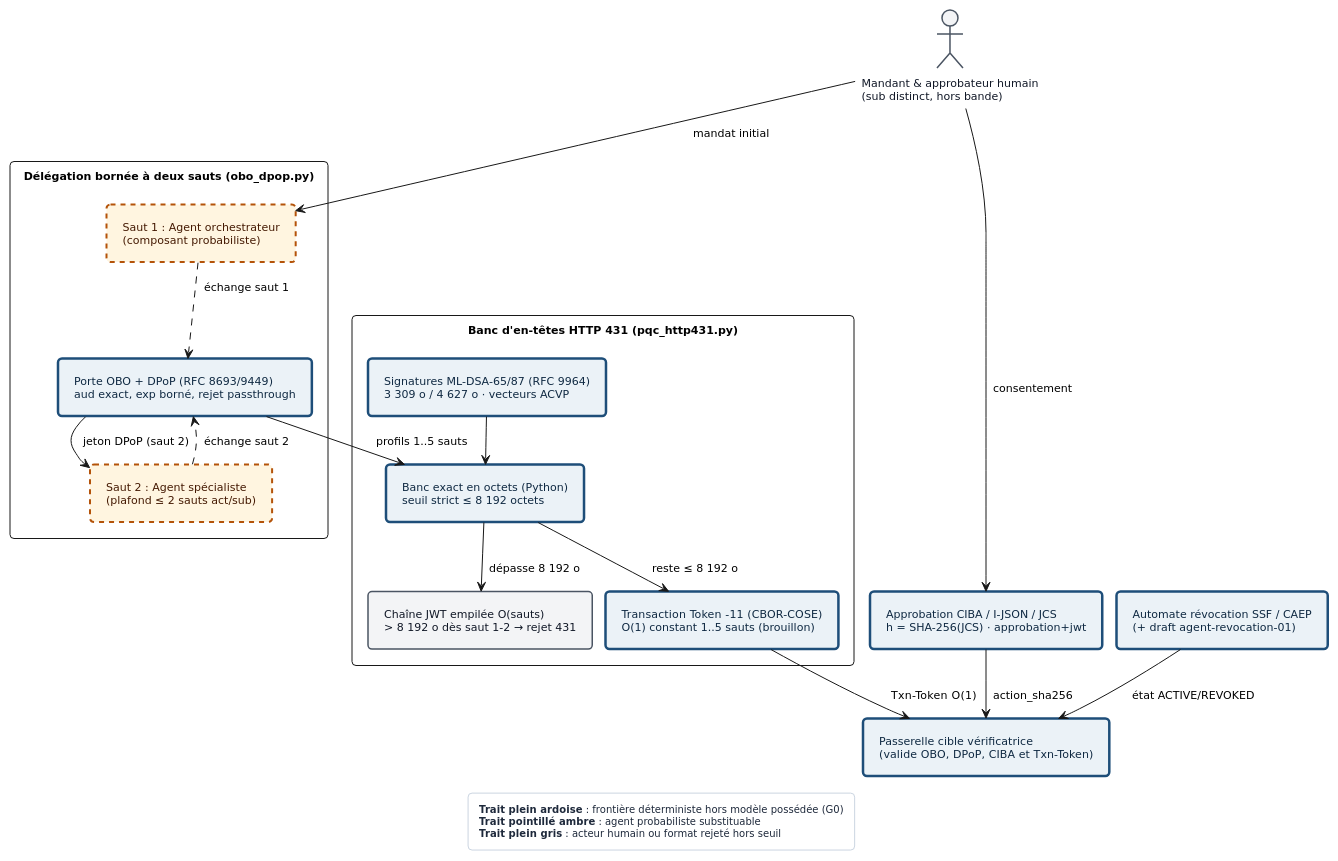
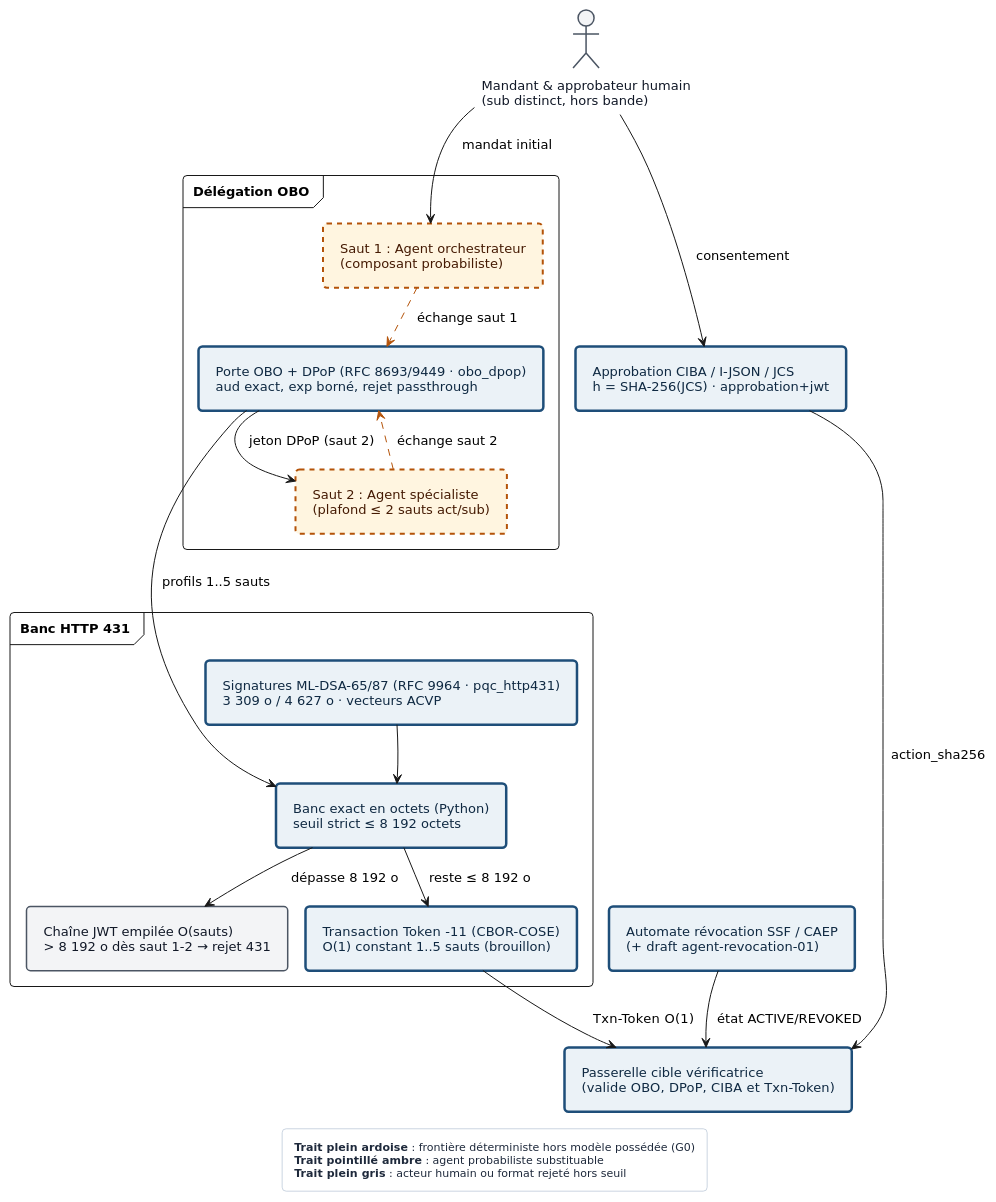
One commit to agbruneau/Agentique changed the diagram in 8 - Manuel/diagrammes/Fig-03.puml. Above: the diagram before and after it, drawn with PlantUML. The commit also changed 42 other files, not shown here.

```diff
--- a/8 - Manuel/diagrammes/Fig-03.puml
+++ b/8 - Manuel/diagrammes/Fig-03.puml
@@ -1,91 +1,94 @@
 @startuml
 <style>
 document {
   BackgroundColor #FFFFFF
 }
 .det {
   BackgroundColor #EBF2F7
   LineColor #1E4E79
   LineThickness 2.5
   FontColor #0F2942
 }
 .prob {
   BackgroundColor #FFF5E0
   LineColor #B45309
   LineThickness 2.0
   LineStyle 5
   FontColor #451A03
 }
 .ext {
   BackgroundColor #F3F4F6
   LineColor #4B5563
   LineThickness 1.5
   FontColor #111827
 }
 package {
   BackgroundColor #F8FAFC
   LineColor #64748B
   LineThickness 1.2
   FontColor #334155
 }
 legend {
   BackgroundColor #FFFFFF
   LineColor #CBD5E1
   FontColor #1E293B
-  FontSize 10
+  FontSize 11
 }
 </style>
 hide stereotype
 top to bottom direction
 skinparam defaultFontName "DejaVu Sans"
-skinparam defaultFontSize 11
+skinparam defaultFontSize 13
 skinparam shadowing false
 skinparam roundcorner 8
-skinparam packageStyle rectangle
-skinparam nodesep 14
-skinparam ranksep 22
-skinparam padding 6
+skinparam packageStyle frame
+skinparam nodesep 18
+skinparam ranksep 28
+skinparam padding 7
 
 actor "Mandant & approbateur humain\n(sub distinct, hors bande)" as HUM <<ext>>
 rectangle "Approbation CIBA / I-JSON / JCS\nh = SHA-256(JCS) · approbation+jwt" as CIBA <<det>>
 rectangle "Automate révocation SSF / CAEP\n(+ draft agent-revocation-01)" as REV <<det>>
 
-package "Délégation bornée à deux sauts (obo_dpop.py)" {
+package "Délégation OBO" {
   rectangle "Saut 1 : Agent orchestrateur\n(composant probabiliste)" as A1 <<prob>>
-  rectangle "Porte OBO + DPoP (RFC 8693/9449)\naud exact, exp borné, rejet passthrough" as STS <<det>>
+  rectangle "Porte OBO + DPoP (RFC 8693/9449 · obo_dpop)\naud exact, exp borné, rejet passthrough" as STS <<det>>
   rectangle "Saut 2 : Agent spécialiste\n(plafond ≤ 2 sauts act/sub)" as A2 <<prob>>
 }
 
-package "Banc d'en-têtes HTTP 431 (pqc_http431.py)" {
-  rectangle "Signatures ML-DSA-65/87 (RFC 9964)\n3 309 o / 4 627 o · vecteurs ACVP" as ML_DSA <<det>>
+package "Banc HTTP 431" {
+  rectangle "Signatures ML-DSA-65/87 (RFC 9964 · pqc_http431)\n3 309 o / 4 627 o · vecteurs ACVP" as ML_DSA <<det>>
   rectangle "Banc exact en octets (Python)\nseuil strict ≤ 8 192 octets" as BANC <<det>>
   rectangle "Chaîne JWT empilée O(sauts)\n> 8 192 o dès saut 1–2 → rejet 431" as CHAIN <<ext>>
   rectangle "Transaction Token -11 (CBOR-COSE)\nO(1) constant 1..5 sauts (brouillon)" as TXN <<det>>
 }
 
 rectangle "Passerelle cible vérificatrice\n(valide OBO, DPoP, CIBA et Txn-Token)" as GW <<det>>
 
 HUM --> A1 : mandat initial
 HUM --> CIBA : consentement
-A1 ..> STS : échange saut 1
+A1 .[#B45309].> STS : échange saut 1
 STS --> A2 : jeton DPoP (saut 2)
-A2 ..> STS : échange saut 2
+A2 .[#B45309].> STS : échange saut 2
 STS --> BANC : profils 1..5 sauts
 ML_DSA --> BANC
 BANC --> CHAIN : dépasse 8 192 o
 BANC --> TXN : reste ≤ 8 192 o
 TXN --> GW : Txn-Token O(1)
 CIBA --> GW : action_sha256
 REV --> GW : état ACTIVE/REVOKED
 
 HUM -[hidden]right-> CIBA
 CIBA -[hidden]right-> REV
-STS -[hidden]right-> ML_DSA
+HUM -[hidden]down-> A1
+CIBA -[hidden]down-> A2
+A2 -[hidden]down-> ML_DSA
+ML_DSA -[hidden]right-> BANC
 CHAIN -[hidden]right-> TXN
 
 legend bottom
   **Trait plein ardoise** : frontière déterministe hors modèle possédée (G0)
   **Trait pointillé ambre** : agent probabiliste substituable
   **Trait plein gris** : acteur humain ou format rejeté hors seuil
 end legend
 @enduml
```
